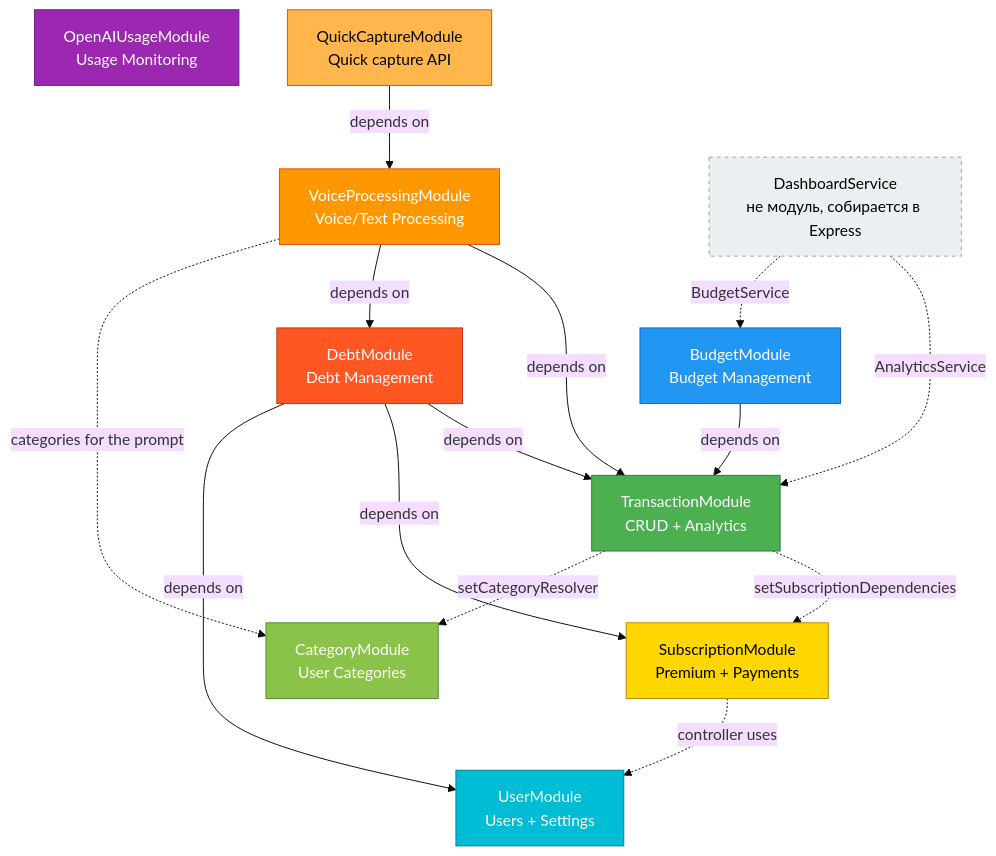
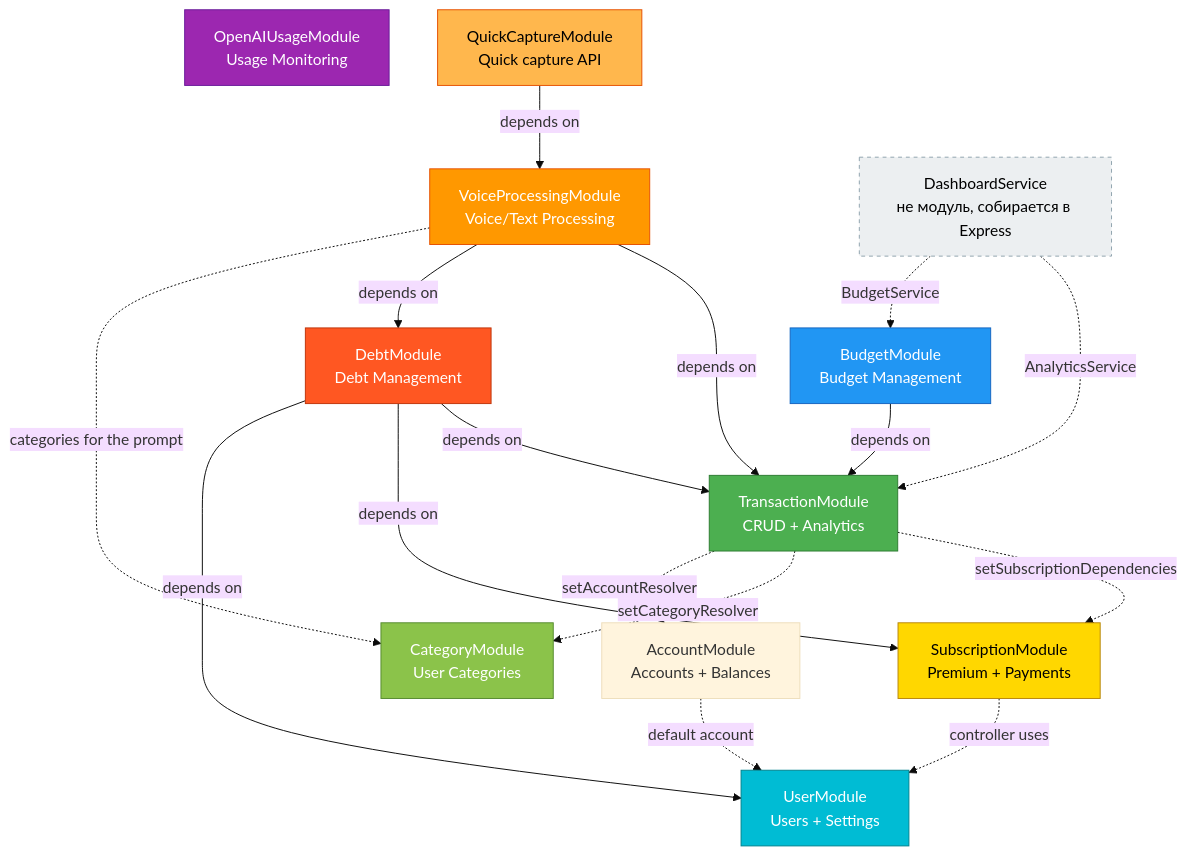
One commit to chollak/finance-tracker-backend changed the diagram in docs/knowledge-base/01-architecture/modules.md. Above: the diagram before and after it, drawn with Mermaid (base theme). The commit also changed other lines of this file and 40 other files, not shown here.

First line of the commit message:
feat(account): accounts and balances (FT-101)

````diff
--- a/docs/knowledge-base/01-architecture/modules.md
+++ b/docs/knowledge-base/01-architecture/modules.md
@@ -9,38 +9,41 @@
 ```mermaid
 graph TD
     TM[TransactionModule<br/>CRUD + Analytics]
     BM[BudgetModule<br/>Budget Management]
     DeM[DebtModule<br/>Debt Management]
     VM[VoiceProcessingModule<br/>Voice/Text Processing]
     OM[OpenAIUsageModule<br/>Usage Monitoring]
     SM[SubscriptionModule<br/>Premium + Payments]
     UM[UserModule<br/>Users + Settings]
     CM[CategoryModule<br/>User Categories]
+    AM[AccountModule<br/>Accounts + Balances]
     QM[QuickCaptureModule<br/>Quick capture API]
     DS[DashboardService<br/>не модуль, собирается в Express]
 
     BM -->|depends on| TM
     DeM -->|depends on| TM
     DeM -->|depends on| SM
     DeM -->|depends on| UM
     VM -->|depends on| TM
     VM -->|depends on| DeM
     TM -.->|setSubscriptionDependencies| SM
     TM -.->|setCategoryResolver| CM
+    TM -.->|setAccountResolver| AM
+    AM -.->|default account| UM
     VM -.->|categories for the prompt| CM
     QM -->|depends on| VM
     SM -.->|controller uses| UM
     DS -.->|AnalyticsService| TM
     DS -.->|BudgetService| BM
 
     style TM fill:#4CAF50,stroke:#2E7D32,color:#fff
     style BM fill:#2196F3,stroke:#1565C0,color:#fff
     style DeM fill:#FF5722,stroke:#BF360C,color:#fff
     style VM fill:#FF9800,stroke:#E65100,color:#fff
     style OM fill:#9C27B0,stroke:#6A1B9A,color:#fff
     style SM fill:#FFD700,stroke:#B8860B,color:#000
     style UM fill:#00BCD4,stroke:#00838F,color:#fff
     style CM fill:#8BC34A,stroke:#558B2F,color:#fff
     style QM fill:#FFB74D,stroke:#E65100,color:#000
     style DS fill:#ECEFF1,stroke:#90A4AE,color:#000,stroke-dasharray: 4 4
 ```
````
